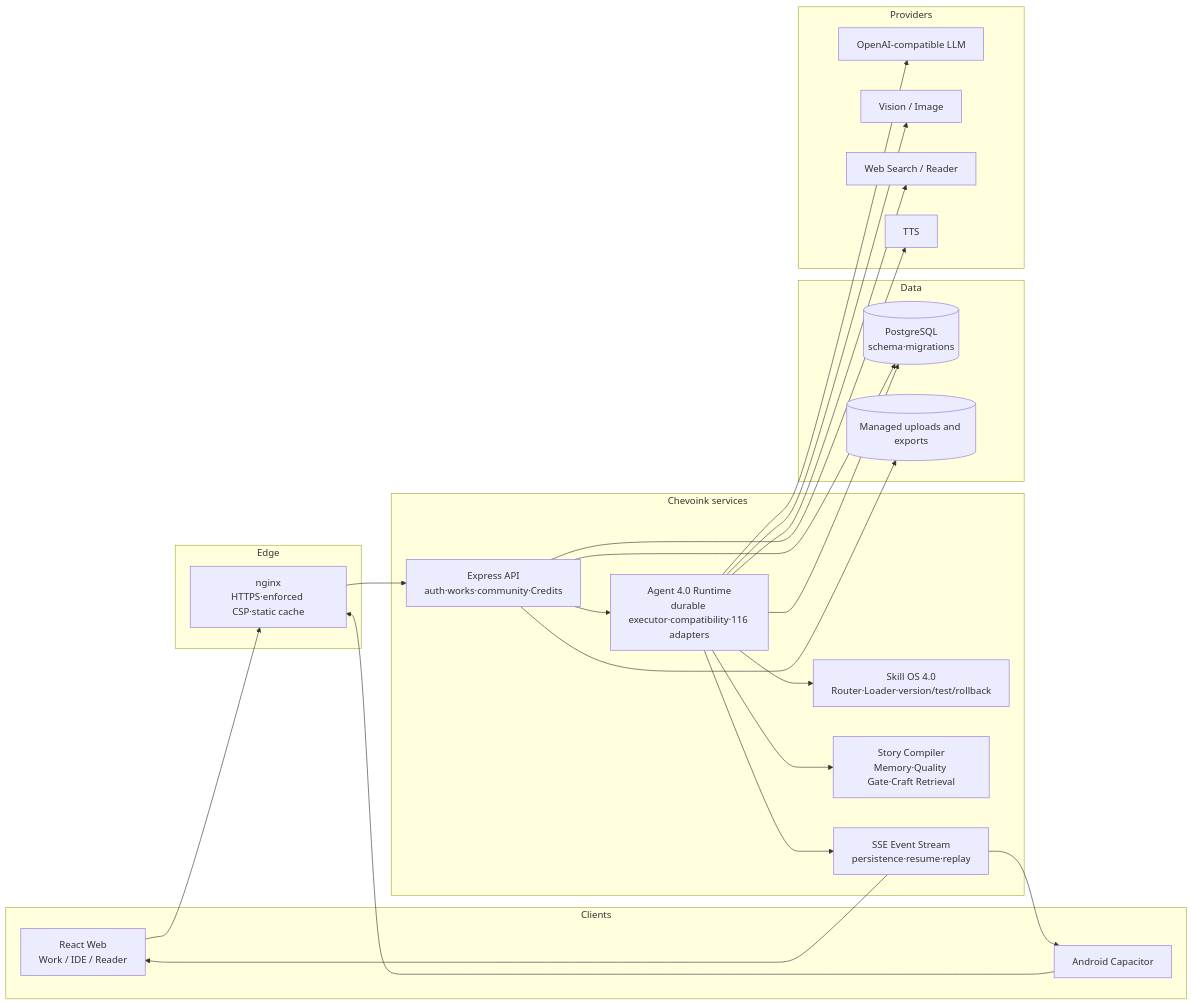
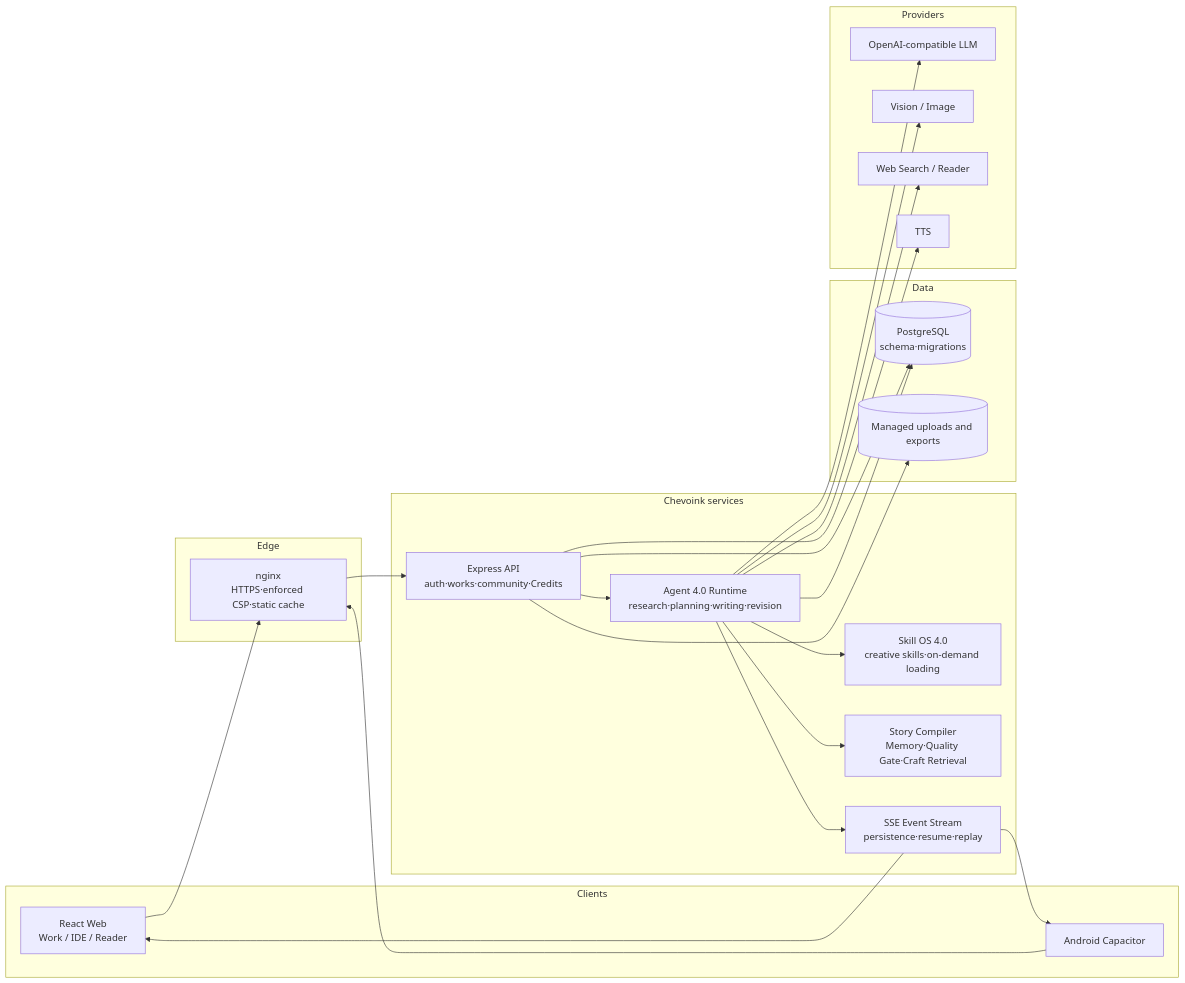
One commit to Xcy8010/Chevoink changed the diagram in README.en.md. Above: the diagram before and after it, drawn with Mermaid. The commit also changed other lines of this file and 7 other files, not shown here.

````diff
--- a/README.en.md
+++ b/README.en.md
@@ -104,43 +69,43 @@
 ```mermaid
 flowchart LR
   subgraph Client[Clients]
     WEB[React Web<br/>Work / IDE / Reader]
     APP[Android Capacitor]
   end
   subgraph Edge[Edge]
     NGINX[nginx<br/>HTTPS·enforced CSP·static cache]
   end
   subgraph Service[Chevoink services]
     API[Express API<br/>auth·works·community·Credits]
-    LOOP[Agent 4.0 Runtime<br/>durable executor·compatibility·116 adapters]
-    SKILL[Skill OS 4.0<br/>Router·Loader·version/test/rollback]
+    LOOP[Agent 4.0 Runtime<br/>research·planning·writing·revision]
+    SKILL[Skill OS 4.0<br/>creative skills·on-demand loading]
     STORY[Story Compiler<br/>Memory·Quality Gate·Craft Retrieval]
     SSE[SSE Event Stream<br/>persistence·resume·replay]
   end
   subgraph Data[Data]
     PG[(PostgreSQL<br/>schema·migrations)]
     FILES[(Managed uploads and exports)]
   end
   subgraph Providers[Providers]
     LLM[OpenAI-compatible LLM]
     VISION[Vision / Image]
     SEARCH[Web Search / Reader]
     TTS[TTS]
   end
   WEB --> NGINX
   APP --> NGINX
   NGINX --> API
   API --> LOOP
   LOOP --> SKILL
   LOOP --> STORY
   LOOP --> SSE
   API --> PG
   LOOP --> PG
   API --> FILES
   LOOP --> LLM
   LOOP --> VISION
   LOOP --> SEARCH
   API --> TTS
   SSE --> WEB
   SSE --> APP
 ```
````
